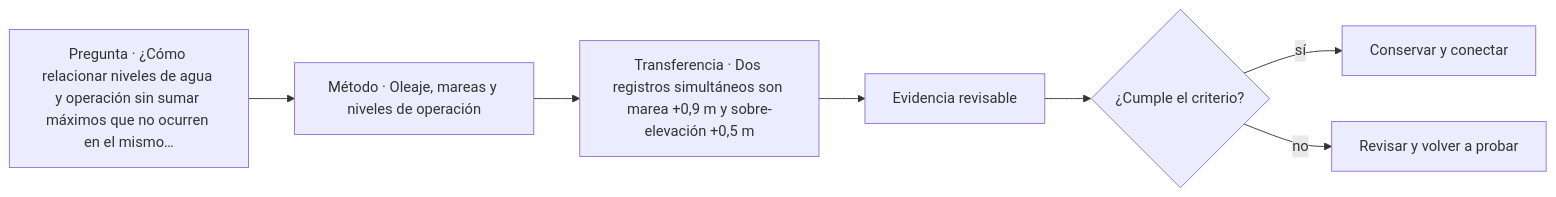
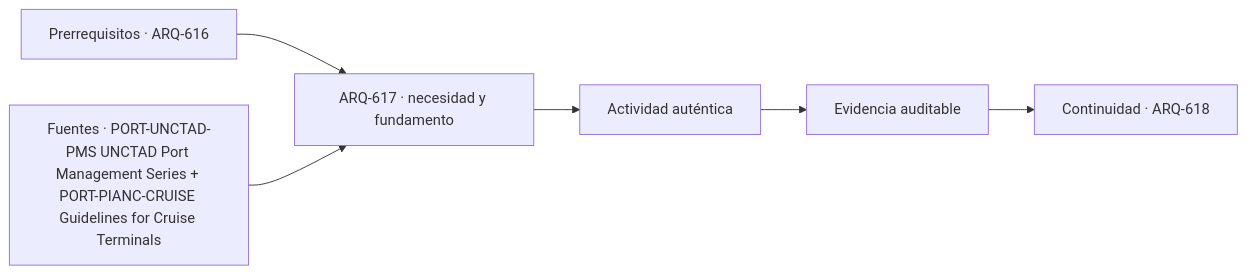
Before and after one commit to vladimiracunadev-create/architecture-built-environment-learning-program: the diagram in classes/parte-62/ARQ-617.md, drawn with Mermaid. The commit also changed other lines of this file and 761 other files, not shown here.

````diff
--- a/classes/parte-62/ARQ-617.md
+++ b/classes/parte-62/ARQ-617.md
@@ -111,9 +123,8 @@
 ```mermaid
 flowchart LR
-    Q["Pregunta · ¿Cómo relacionar niveles de agua y operación sin sumar máximos que no ocurren en el mismo…"] --> M["Método · Oleaje, mareas y niveles de operación"]
-    M --> P["Transferencia · Dos registros simultáneos son marea +0,9 m y sobre-elevación +0,5 m"]
-    P --> E["Evidencia revisable"]
-    E --> C{"¿Cumple el criterio?"}
-    C -->|sí| T["Conservar y conectar"]
-    C -->|no| R["Revisar y volver a probar"]
+    A["Prerrequisitos · ARQ-616"] --> B["ARQ-617 · necesidad y fundamento"]
+    S["Fuentes · PORT-UNCTAD-PMS UNCTAD Port Management Series + PORT-PIANC-CRUISE Guidelines for Cruise Terminals"] --> B
+    B --> C["Actividad auténtica"]
+    C --> D["Evidencia auditable"]
+    D --> E["Continuidad · ARQ-618"]
 ```
````
